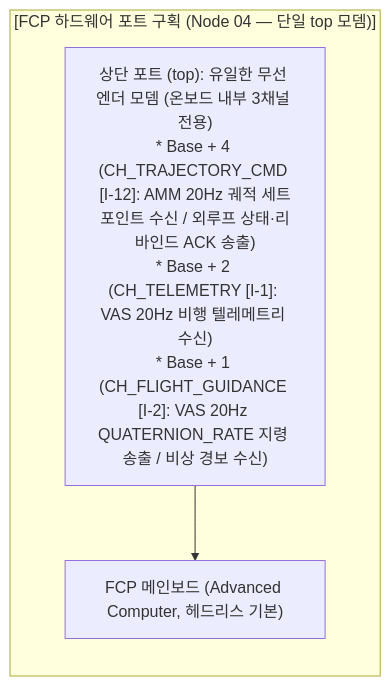
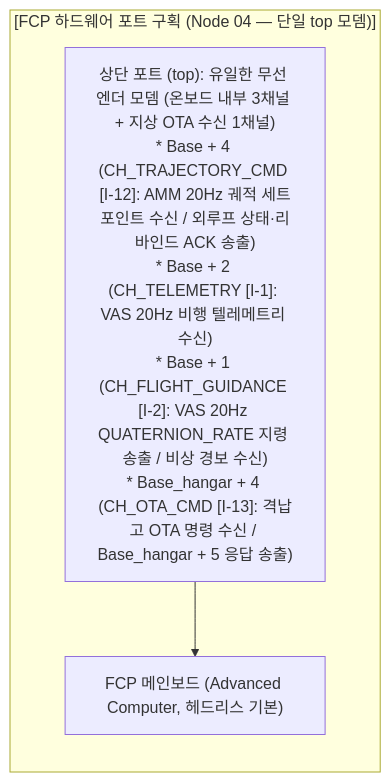
The second of 5 diagrams in docs/specs/2_guidance/fcp/FCP_PROGRAM_SPECIFICATION.md (Polimachi/Aeroneutics_Autopilot), drawn with Mermaid before and after one commit. The commit also changed other lines of this file and 2 other files, not shown here.

Commit message:
docs(ota): correct TASK-117 memory archive symbols, E2E summary, and FCP/TASK badges

````diff
--- a/docs/specs/2_guidance/fcp/FCP_PROGRAM_SPECIFICATION.md
+++ b/docs/specs/2_guidance/fcp/FCP_PROGRAM_SPECIFICATION.md
@@ -131,10 +131,10 @@
 ```mermaid
 flowchart TD
     subgraph FCP_PORTS["[FCP 하드웨어 포트 구획 (Node 04 — 단일 top 모뎀)]"]
         direction TB
-        PORT_TOP["상단 포트 (top): 유일한 무선 엔더 모뎀 (온보드 내부 3채널 전용)<br/>* Base + 4 (CH_TRAJECTORY_CMD [I-12]: AMM 20Hz 궤적 세트포인트 수신 / 외루프 상태·리바인드 ACK 송출)<br/>* Base + 2 (CH_TELEMETRY [I-1]: VAS 20Hz 비행 텔레메트리 수신)<br/>* Base + 1 (CH_FLIGHT_GUIDANCE [I-2]: VAS 20Hz QUATERNION_RATE 지령 송출 / 비상 경보 수신)"]
+        PORT_TOP["상단 포트 (top): 유일한 무선 엔더 모뎀 (온보드 내부 3채널 + 지상 OTA 수신 1채널)<br/>* Base + 4 (CH_TRAJECTORY_CMD [I-12]: AMM 20Hz 궤적 세트포인트 수신 / 외루프 상태·리바인드 ACK 송출)<br/>* Base + 2 (CH_TELEMETRY [I-1]: VAS 20Hz 비행 텔레메트리 수신)<br/>* Base + 1 (CH_FLIGHT_GUIDANCE [I-2]: VAS 20Hz QUATERNION_RATE 지령 송출 / 비상 경보 수신)<br/>* Base_hangar + 4 (CH_OTA_CMD [I-13]: 격납고 OTA 명령 수신 / Base_hangar + 5 응답 송출)"]
         PC["FCP 메인보드 (Advanced Computer, 헤드리스 기본)"]
     end
 
     PORT_TOP --> PC
 ```
````
